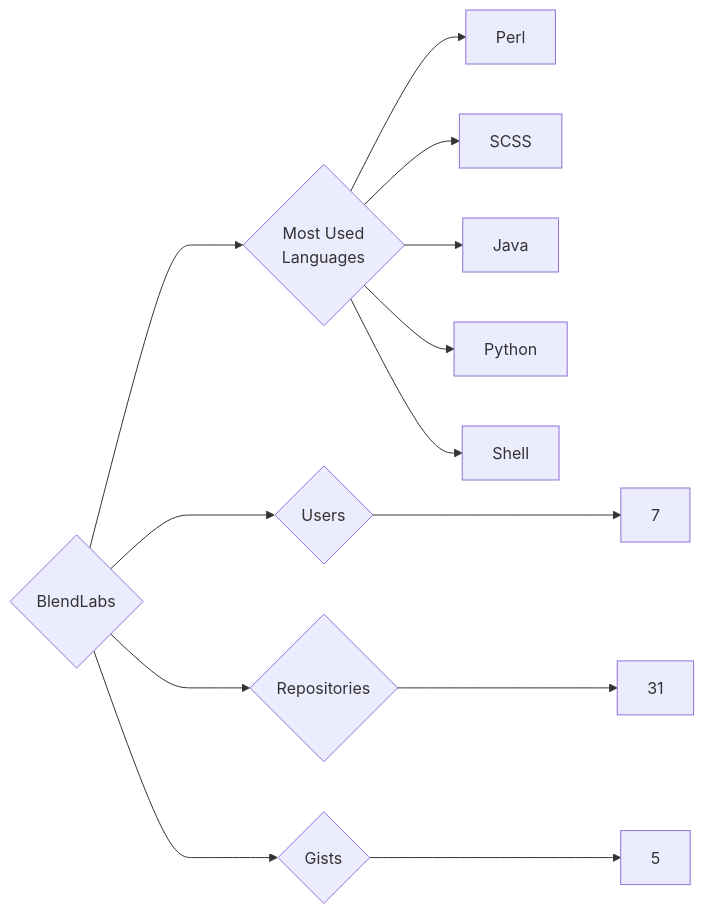
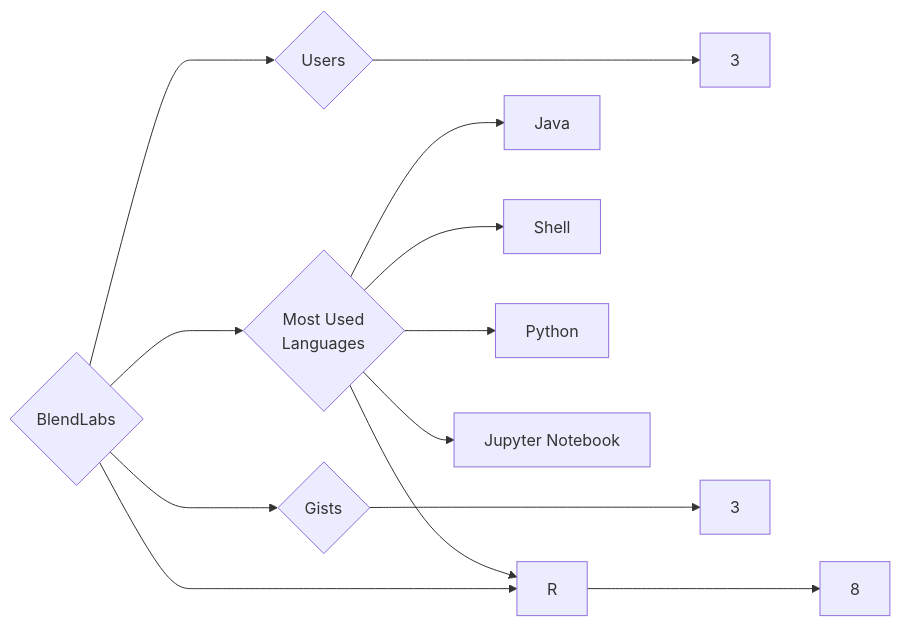
The diagram in targets/BlendLabs/README.md (trickest/insiders), drawn with Mermaid before and after one commit. The commit also changed 1023 other files, not shown here.

````diff
--- a/targets/BlendLabs/README.md
+++ b/targets/BlendLabs/README.md
@@ -3,13 +3,13 @@
 ```mermaid
 graph LR
 COMPANY_NAME{BlendLabs}
-COMPANY_NAME ---> U{Users} ---> UN[7]
-COMPANY_NAME ---> R{Repositories} ---> RN[31]
-COMPANY_NAME ---> G{Gists} ---> GN[5]
+COMPANY_NAME ---> U{Users} ---> UN[3]
+COMPANY_NAME ---> R{Repositories} ---> RN[8]
+COMPANY_NAME ---> G{Gists} ---> GN[3]
 COMPANY_NAME ---> ML{Most Used<br>Languages}
-ML --> Perl[Perl]
-ML --> SCSS[SCSS]
 ML --> Java[Java]
+ML --> Shell[Shell]
+ML --> R[R]
 ML --> Python[Python]
-ML --> Shell[Shell]
+ML --> Jupyter_Notebook[Jupyter Notebook]
 ```
````
